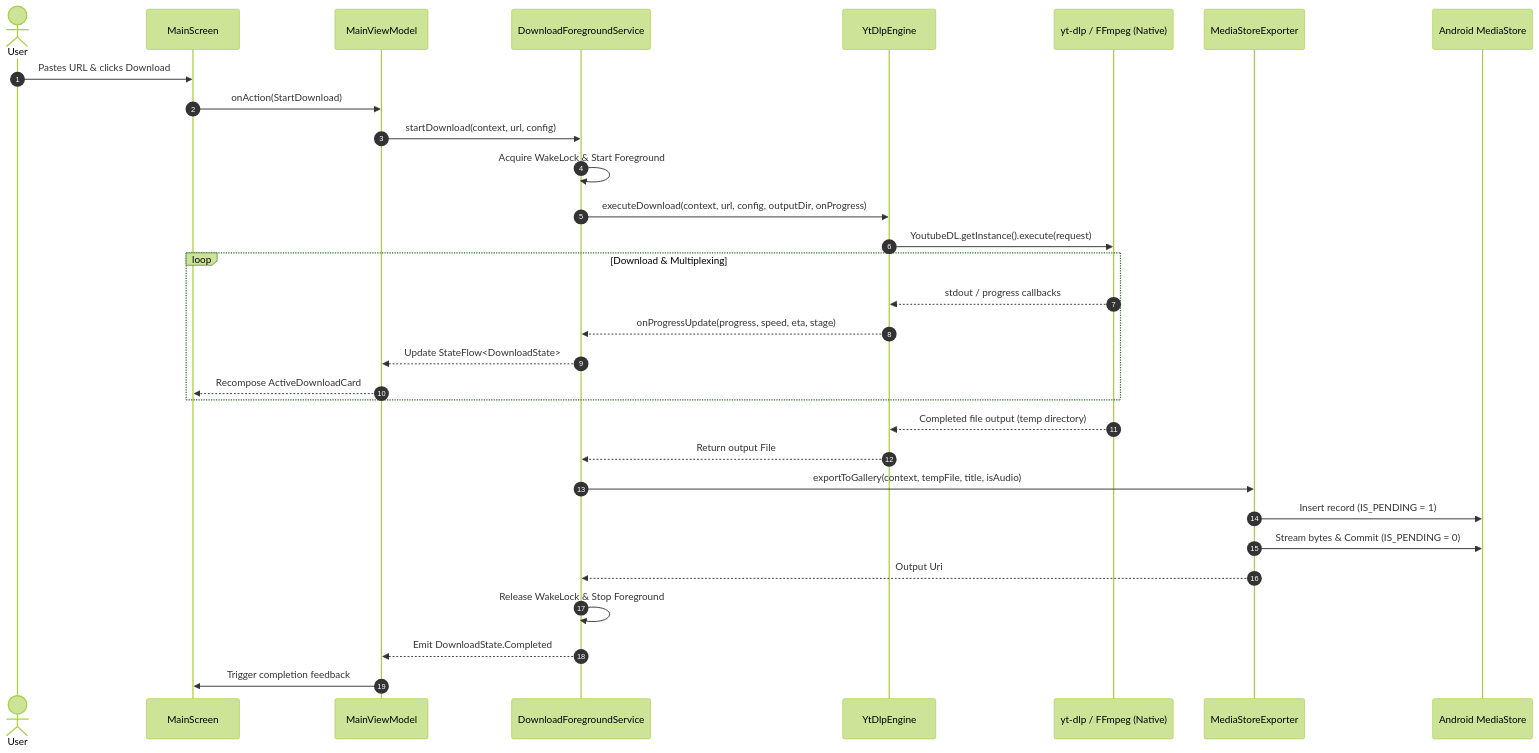
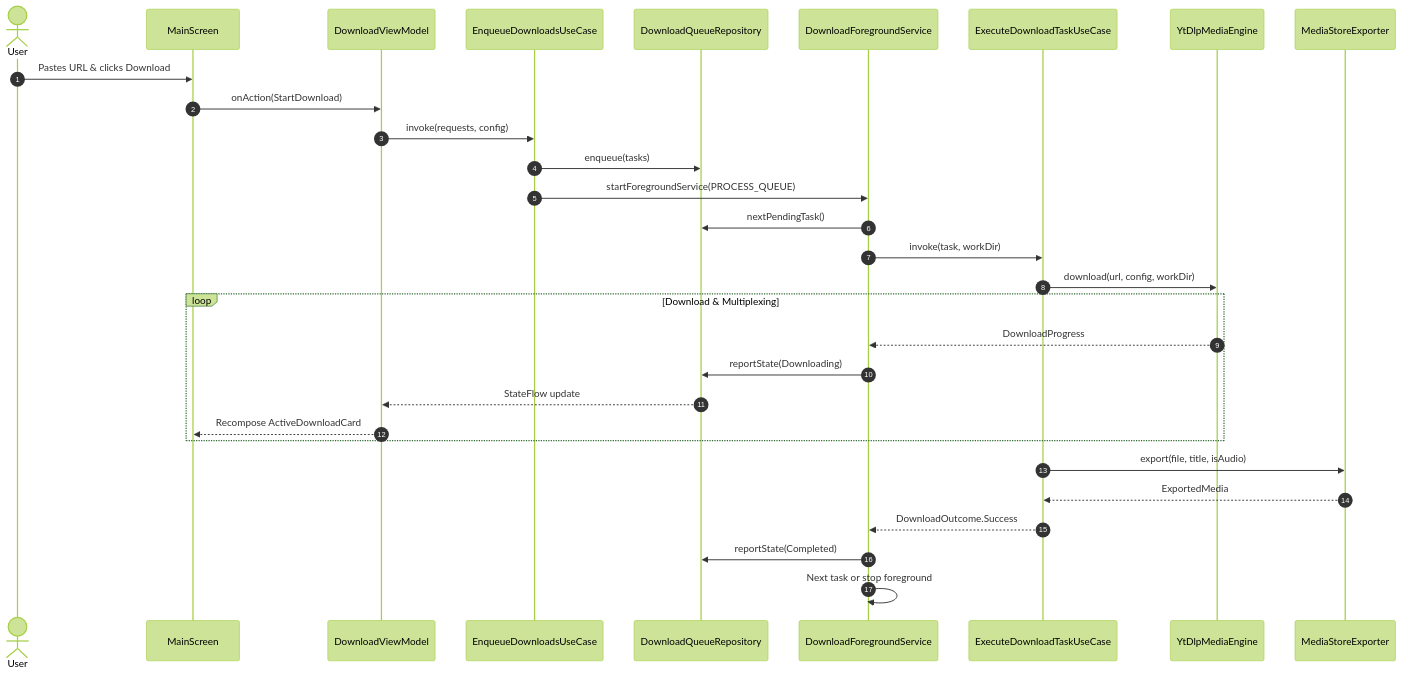
Before and after one commit to danielcrvo/kitsune: the second of 2 diagrams in ARCHITECTURE.md, drawn with Mermaid (forest theme). The commit also changed other lines of this file and 115 other files, not shown here.

First line of the commit message:
refactor: layered architecture with Hilt and feature ViewModels

````diff
--- a/ARCHITECTURE.md
+++ b/ARCHITECTURE.md
@@ -133,34 +128,33 @@
 ```mermaid
 sequenceDiagram
     autonumber
     actor User
     participant MainScreen
-    participant MainViewModel
+    participant VM as DownloadViewModel
+    participant Enqueue as EnqueueDownloadsUseCase
+    participant Queue as DownloadQueueRepository
     participant Service as DownloadForegroundService
-    participant Engine as YtDlpEngine
-    participant NDK as yt-dlp / FFmpeg (Native)
+    participant Execute as ExecuteDownloadTaskUseCase
+    participant Engine as YtDlpMediaEngine
     participant Exporter as MediaStoreExporter
-    participant MediaStore as Android MediaStore
 
     User->>MainScreen: Pastes URL & clicks Download
-    MainScreen->>MainViewModel: onAction(StartDownload)
-    MainViewModel->>Service: startDownload(context, url, config)
-    Service->>Service: Acquire WakeLock & Start Foreground
-    Service->>Engine: executeDownload(context, url, config, outputDir, onProgress)
-    Engine->>NDK: YoutubeDL.getInstance().execute(request)
+    MainScreen->>VM: onAction(StartDownload)
+    VM->>Enqueue: invoke(requests, config)
+    Enqueue->>Queue: enqueue(tasks)
+    Enqueue->>Service: startForegroundService(PROCESS_QUEUE)
+    Service->>Queue: nextPendingTask()
+    Service->>Execute: invoke(task, workDir)
+    Execute->>Engine: download(url, config, workDir)
     loop Download & Multiplexing
-        NDK-->>Engine: stdout / progress callbacks
-        Engine-->>Service: onProgressUpdate(progress, speed, eta, stage)
-        Service-->>MainViewModel: Update StateFlow<DownloadState>
-        MainViewModel-->>MainScreen: Recompose ActiveDownloadCard
+        Engine-->>Service: DownloadProgress
+        Service->>Queue: reportState(Downloading)
+        Queue-->>VM: StateFlow update
+        VM-->>MainScreen: Recompose ActiveDownloadCard
     end
-    NDK-->>Engine: Completed file output (temp directory)
-    Engine-->>Service: Return output File
-    Service->>Exporter: exportToGallery(context, tempFile, title, isAudio)
-    Exporter->>MediaStore: Insert record (IS_PENDING = 1)
-    Exporter->>MediaStore: Stream bytes & Commit (IS_PENDING = 0)
-    Exporter-->>Service: Output Uri
-    Service->>Service: Release WakeLock & Stop Foreground
-    Service-->>MainViewModel: Emit DownloadState.Completed
-    MainViewModel->>MainScreen: Trigger completion feedback
+    Execute->>Exporter: export(file, title, isAudio)
+    Exporter-->>Execute: ExportedMedia
+    Execute-->>Service: DownloadOutcome.Success
+    Service->>Queue: reportState(Completed)
+    Service->>Service: Next task or stop foreground
 ```
````
